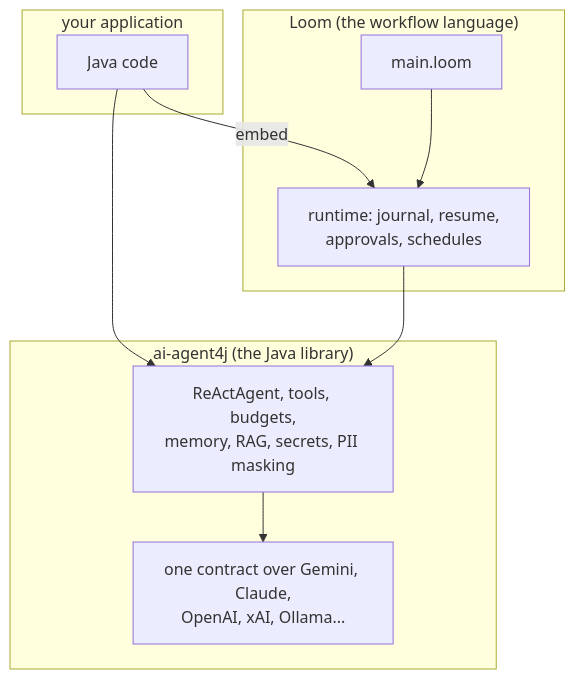
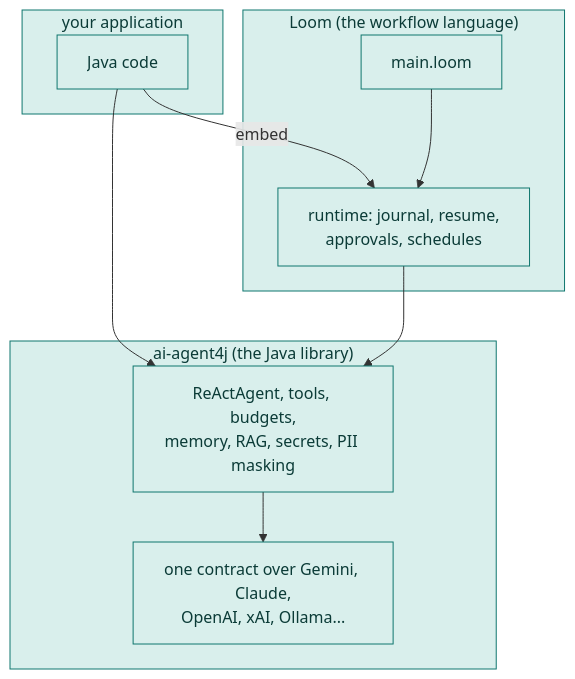
One commit to srijithunni7182/llm4j changed the diagram in docs/tutorial/13-java.md. Above: the diagram before and after it, drawn with Mermaid. The commit also changed 13 other files, not shown here.

First line of the commit message:
docs: give the tutorial's diagrams meaningful colours

````diff
--- a/docs/tutorial/13-java.md
+++ b/docs/tutorial/13-java.md
@@ -5,16 +5,18 @@
 ```mermaid
 flowchart TB
   subgraph You["your application"]
     J["Java code"]
   end
   subgraph Lib["ai-agent4j (the Java library)"]
     A["ReActAgent, tools, budgets,<br/>memory, RAG, secrets, PII masking"]
     P["one contract over Gemini, Claude,<br/>OpenAI, xAI, Ollama..."]
   end
   subgraph Loom["Loom (the workflow language)"]
     S["main.loom"] --> R["runtime: journal, resume,<br/>approvals, schedules"]
   end
   J --> A --> P
   J -- "embed" --> R
   R --> A
+  classDef step fill:#d9efec,stroke:#0f766e,color:#0b3b37
+  class You,J,Lib,P,Loom,S,R,A step
 ```
````
